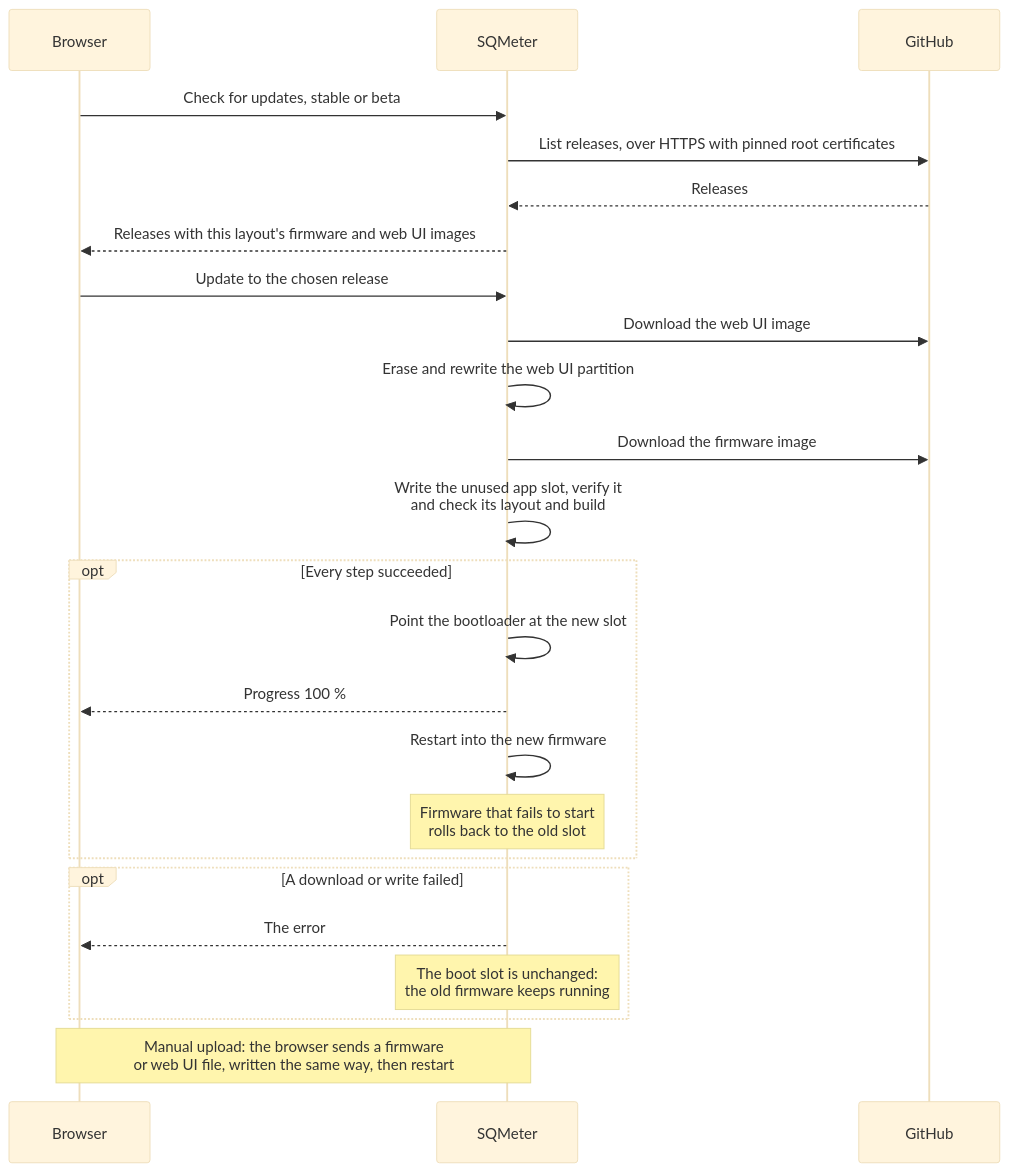
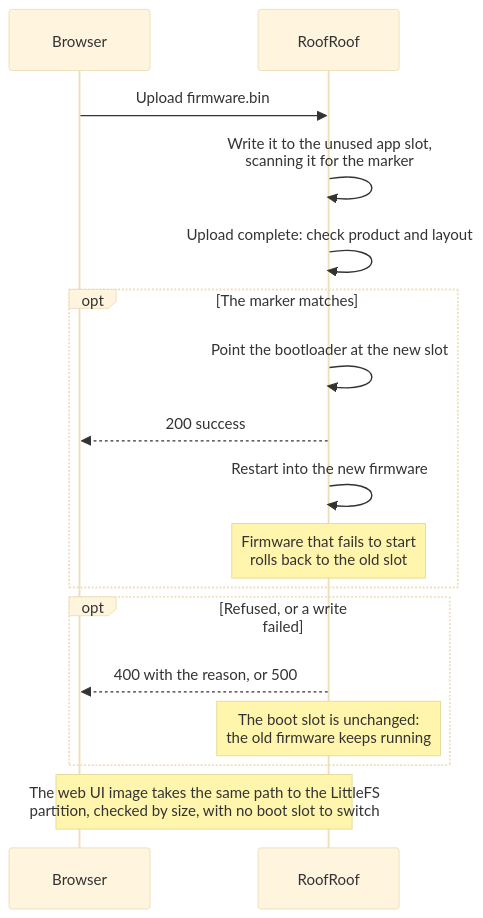
The diagram in docs/user-guide/ota.md (DeanJ87/RoofRoof), drawn with Mermaid (base theme) before and after one commit. The commit also changed other lines of this file and 285 other files, not shown here.

First line of the commit message:
001: contract schemas, i18n and checkers, docs and CI, tests and brand for RoofRoof

````diff
--- a/docs/user-guide/ota.md
+++ b/docs/user-guide/ota.md
@@ -135,28 +117,21 @@
 ```mermaid
 sequenceDiagram
-    accTitle: Updating from GitHub releases
-    accDescr: The browser asks the device for releases; the device fetches the list from GitHub itself. On Update, the device downloads and writes the web UI image first and the firmware last, switching the boot slot only after the firmware is verified and found to be for this layout and build, then restarts. Any failure before that leaves the old firmware booting, and new firmware that fails to start is rolled back.
+    accTitle: Updating by file upload
+    accDescr: The browser sends a firmware file to the device. The device writes it to the unused app slot while scanning it for the RoofRoof marker. When the upload is complete it checks the product and layout, and only then points the bootloader at the new slot and restarts. A refused or failed upload leaves the old firmware booting, and new firmware that fails to start is rolled back.
     participant B as Browser
-    participant D as SQMeter
-    participant G as GitHub
-    B->>D: Check for updates, stable or beta
-    D->>G: List releases, over HTTPS with pinned root certificates
-    G-->>D: Releases
-    D-->>B: Releases with this layout's firmware and web UI images
-    B->>D: Update to the chosen release
-    D->>G: Download the web UI image
-    D->>D: Erase and rewrite the web UI partition
-    D->>G: Download the firmware image
-    D->>D: Write the unused app slot, verify it<br/>and check its layout and build
-    opt Every step succeeded
+    participant D as RoofRoof
+    B->>D: Upload firmware.bin
+    D->>D: Write it to the unused app slot,<br/>scanning it for the marker
+    D->>D: Upload complete: check product and layout
+    opt The marker matches
         D->>D: Point the bootloader at the new slot
-        D-->>B: Progress 100 %
+        D-->>B: 200 success
         D->>D: Restart into the new firmware
         Note over D: Firmware that fails to start<br/>rolls back to the old slot
     end
-    opt A download or write failed
-        D-->>B: The error
+    opt Refused, or a write failed
+        D-->>B: 400 with the reason, or 500
         Note over D: The boot slot is unchanged:<br/>the old firmware keeps running
     end
-    Note over B,D: Manual upload: the browser sends a firmware<br/>or web UI file, written the same way, then restart
+    Note over B,D: The web UI image takes the same path to the LittleFS<br/>partition, checked by size, with no boot slot to switch
 ```
````
